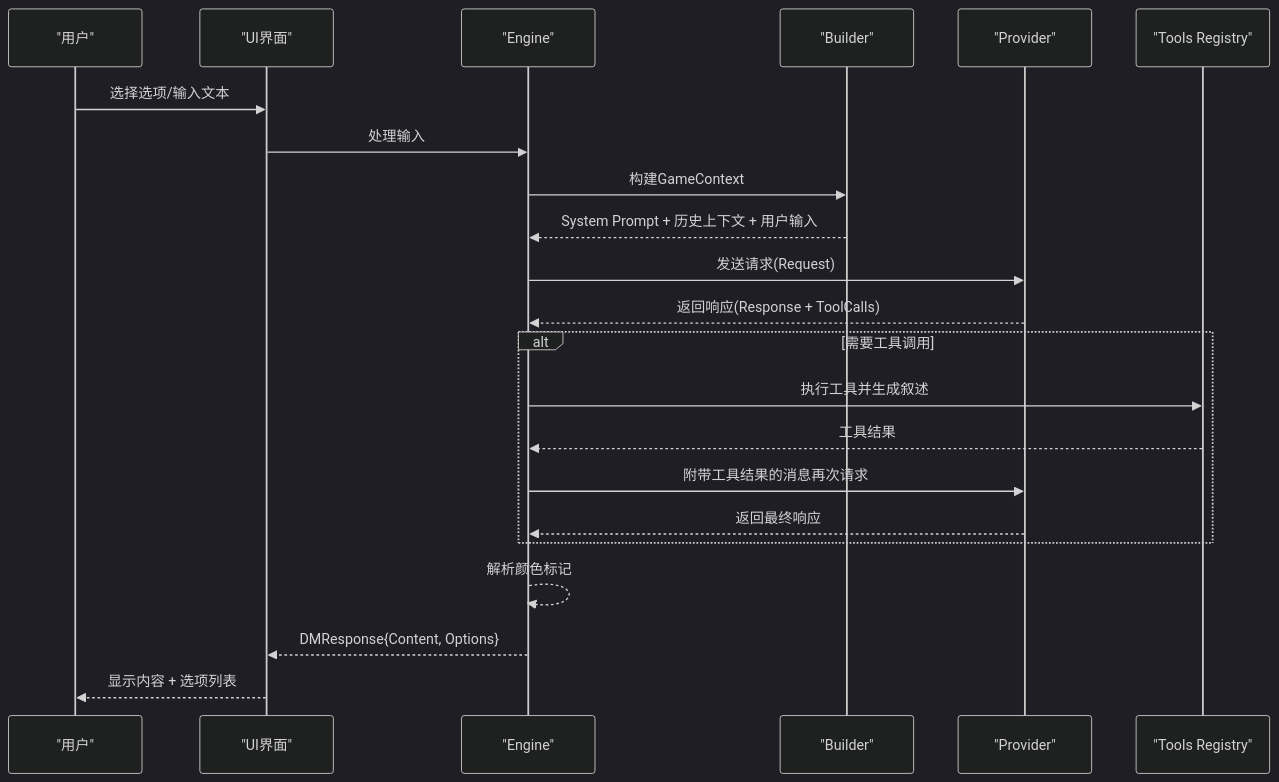
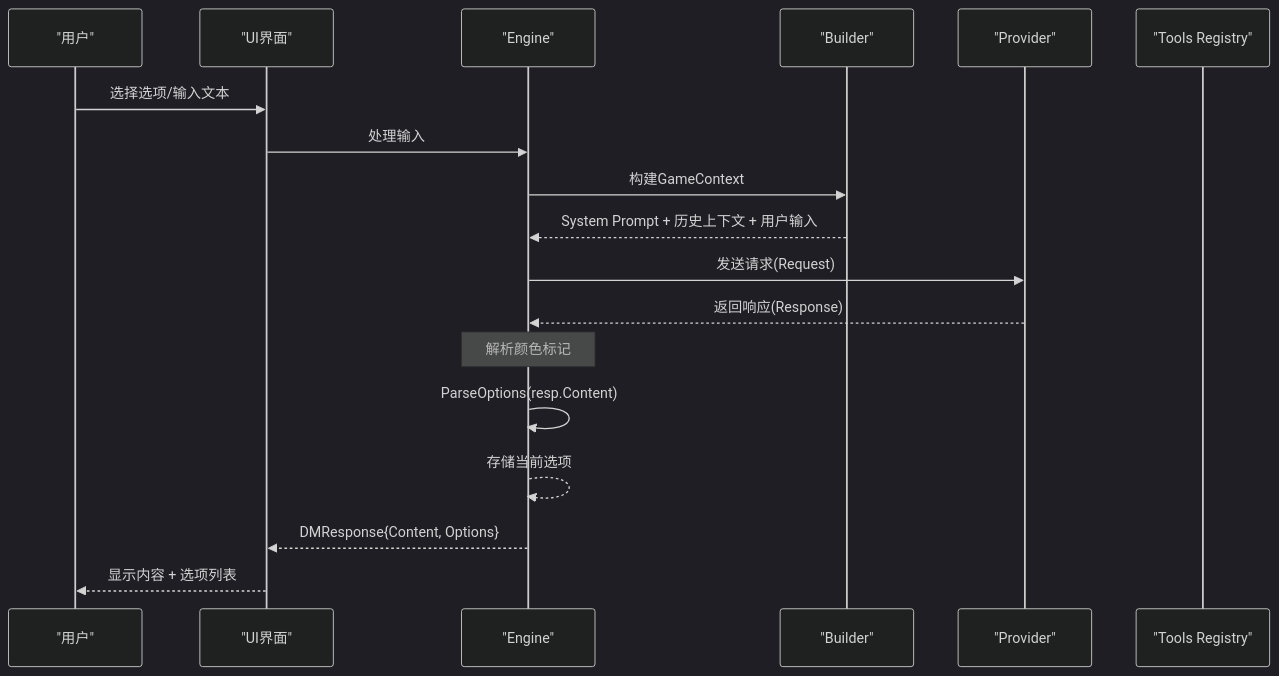
The second of 9 diagrams in .qoder/repowiki/zh/content/LLM集成系统/提示词系统.md (zwh8800/cdnd), drawn with Mermaid (dark theme) before and after one commit. The commit also changed other lines of this file and 6 other files, not shown here.

````diff
--- a/.qoder/repowiki/zh/content/LLM集成系统/提示词系统.md
+++ b/.qoder/repowiki/zh/content/LLM集成系统/提示词系统.md
@@ -140,24 +143,20 @@
 ```mermaid
 sequenceDiagram
 participant U as "用户"
 participant UI as "UI界面"
 participant E as "Engine"
 participant B as "Builder"
 participant P as "Provider"
 participant TR as "Tools Registry"
 U->>UI : 选择选项/输入文本
 UI->>E : 处理输入
 E->>B : 构建GameContext
 B-->>E : System Prompt + 历史上下文 + 用户输入
 E->>P : 发送请求(Request)
-P-->>E : 返回响应(Response + ToolCalls)
-alt 需要工具调用
-E->>TR : 执行工具并生成叙述
-TR-->>E : 工具结果
-E->>P : 附带工具结果的消息再次请求
-P-->>E : 返回最终响应
-end
-E-->>E : 解析颜色标记
+P-->>E : 返回响应(Response)
+Note over E : 解析颜色标记
+E->>E : ParseOptions(resp.Content)
+E-->>E : 存储当前选项
 E-->>UI : DMResponse{Content, Options}
 UI-->>U : 显示内容 + 选项列表
 ```
````
